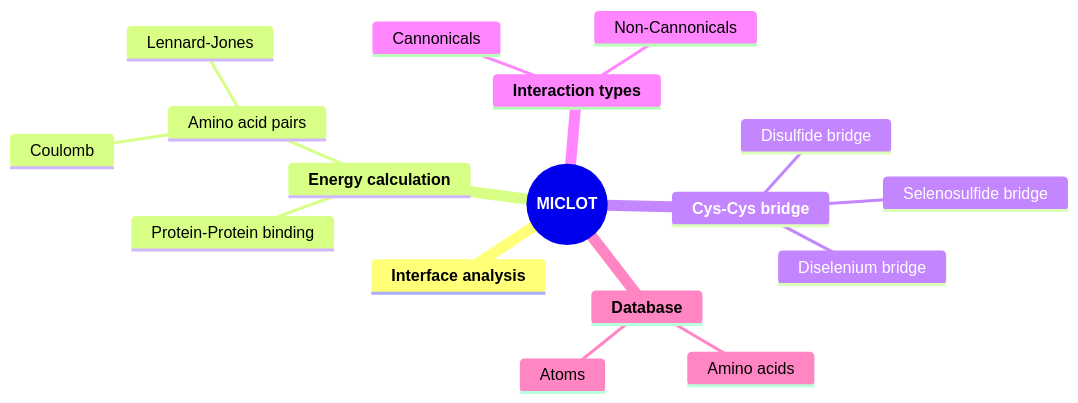
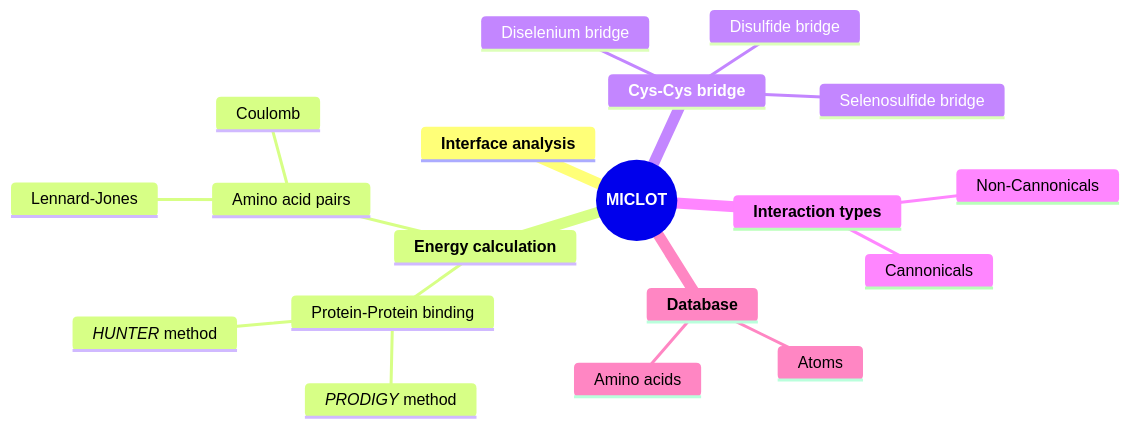
Before and after one commit to TMiclot/MICLOT: the diagram in README.md, drawn with Mermaid.

````diff
--- a/README.md
+++ b/README.md
@@ -20,20 +20,22 @@
 ```mermaid
 mindmap
     root((**MICLOT**))
         **Interface analysis**
         **Energy calculation**
             Protein-Protein binding
+                *PRODIGY* method
+                *HUNTER* method
             Amino acid pairs
                 Coulomb
                 Lennard-Jones
         **Cys-Cys bridge**
             Disulfide bridge
             Diselenium bridge
             Selenosulfide bridge
         **Interaction types**
             Cannonicals
             Non-Cannonicals
         **Database**
             Amino acids
             Atoms
 ```
````
